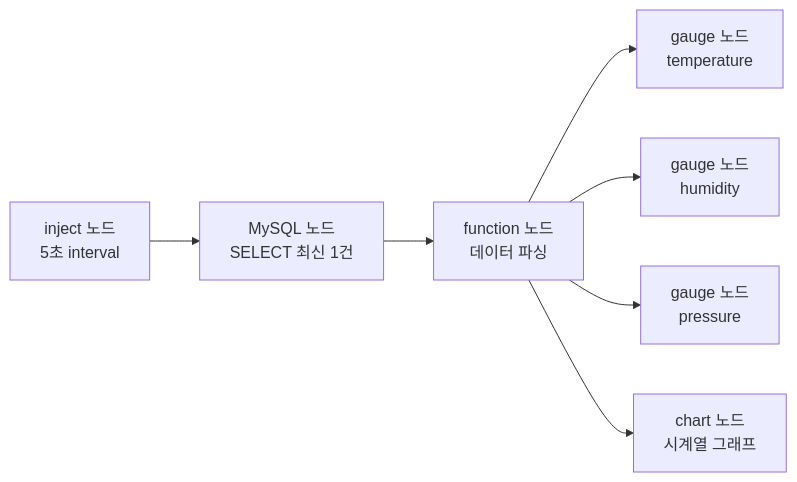
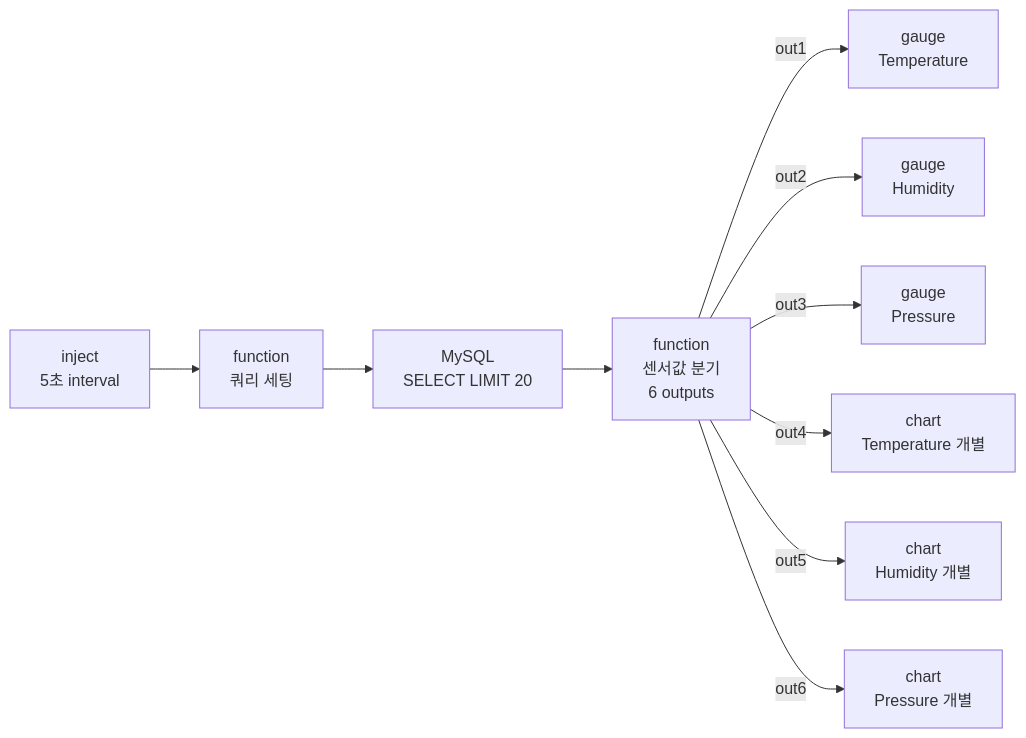
Before and after one commit to kuro-0211/T-H-P-Checker: the third of 6 diagrams in project.md, drawn with Mermaid. The commit also changed other lines of this file and 2 other files, not shown here.

First line of the commit message:
Add Node-RED flow, Grafana config, and update injector with KST timezone

````diff
--- a/project.md
+++ b/project.md
@@ -56,9 +56,12 @@
 ```mermaid
 flowchart LR
-    A[inject 노드\n5초 interval] --> B[MySQL 노드\nSELECT 최신 1건]
-    B --> C[function 노드\n데이터 파싱]
-    C --> D[gauge 노드\ntemperature]
-    C --> E[gauge 노드\nhumidity]
-    C --> F[gauge 노드\npressure]
-    C --> G[chart 노드\n시계열 그래프]
+    A[inject\n5초 interval] --> B[function\n쿼리 세팅]
+    B --> C[MySQL\nSELECT LIMIT 20]
+    C --> D[function\n센서값 분기\n6 outputs]
+    D -->|out1| E[gauge\nTemperature]
+    D -->|out2| F[gauge\nHumidity]
+    D -->|out3| G[gauge\nPressure]
+    D -->|out4| H[chart\nTemperature 개별]
+    D -->|out5| I[chart\nHumidity 개별]
+    D -->|out6| J[chart\nPressure 개별]
 ```
````
